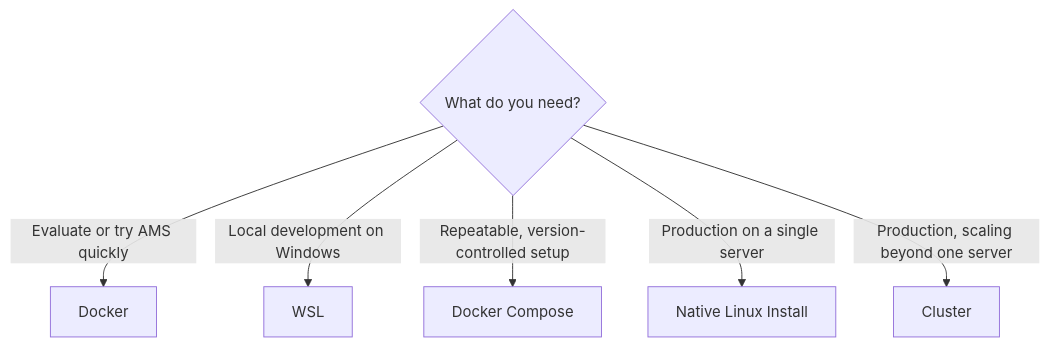
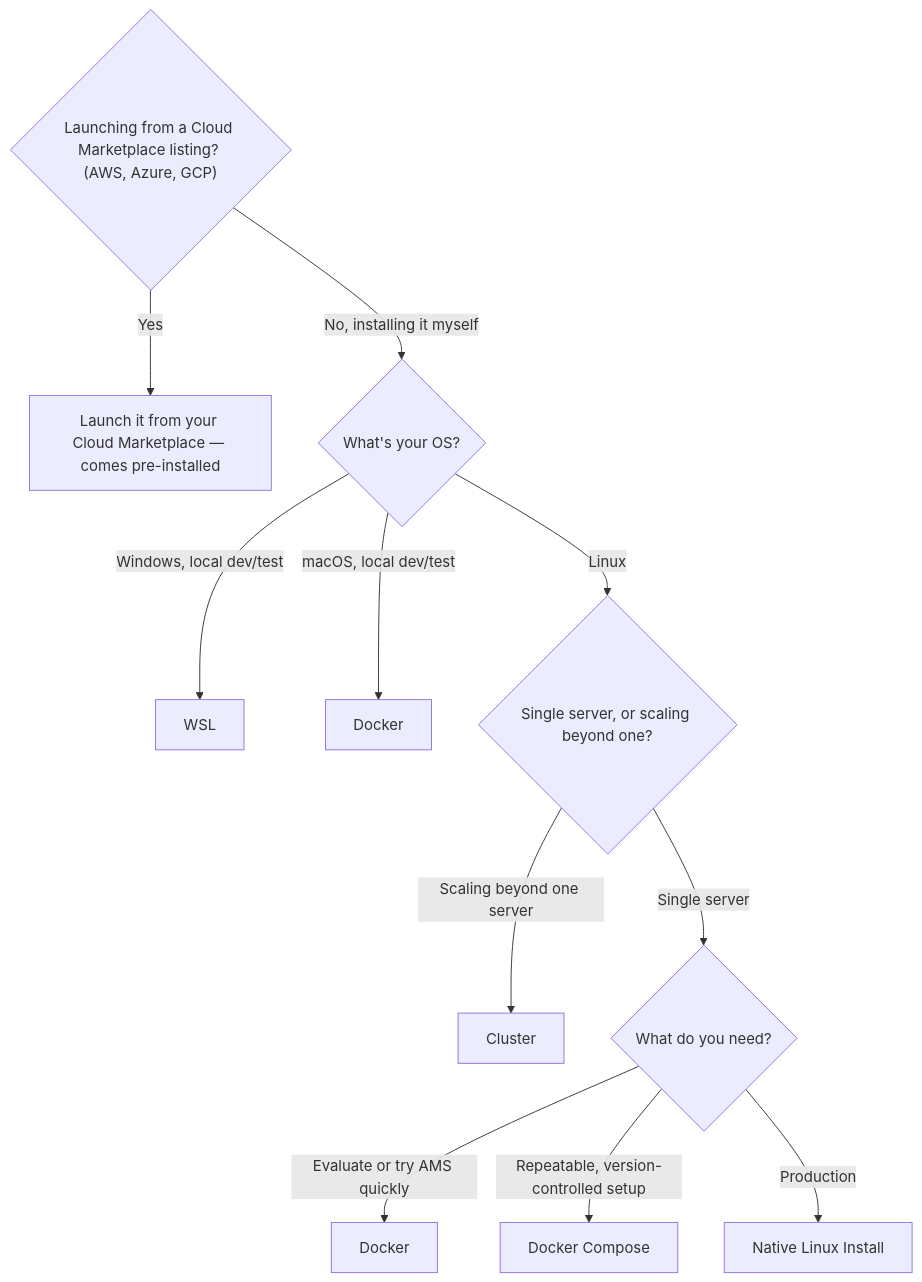
The diagram in docs/guides/installing-on-linux/which-installation-method-should-i-use.md (ant-media/ant-media-documentation), drawn with Mermaid before and after one commit. The commit also changed other lines of this file and 16 other files, not shown here.

````diff
--- a/docs/guides/installing-on-linux/which-installation-method-should-i-use.md
+++ b/docs/guides/installing-on-linux/which-installation-method-should-i-use.md
@@ -12,8 +12,14 @@
 ```mermaid
 flowchart TD
-    A{What do you need?} -->|Evaluate or try AMS quickly| B["Docker"]
-    A -->|Local development on Windows| C["WSL"]
-    A -->|Repeatable, version-controlled setup| D["Docker Compose"]
-    A -->|Production on a single server| E["Native Linux Install"]
-    A -->|Production, scaling beyond one server| F["Cluster"]
+    A{"Launching from a Cloud Marketplace listing? (AWS, Azure, GCP)"}
+    A -->|"Yes"| CM["Launch it from your Cloud Marketplace — comes pre-installed"]
+    A -->|"No, installing it myself"| B{"What's your OS?"}
+    B -->|"Windows, local dev/test"| WSL["WSL"]
+    B -->|"macOS, local dev/test"| DOCKERMAC["Docker"]
+    B -->|"Linux"| C{"Single server, or scaling beyond one?"}
+    C -->|"Scaling beyond one server"| CLUSTER["Cluster"]
+    C -->|"Single server"| D{"What do you need?"}
+    D -->|"Evaluate or try AMS quickly"| DOCKER["Docker"]
+    D -->|"Repeatable, version-controlled setup"| COMPOSE["Docker Compose"]
+    D -->|"Production"| NATIVE["Native Linux Install"]
 ```
````
